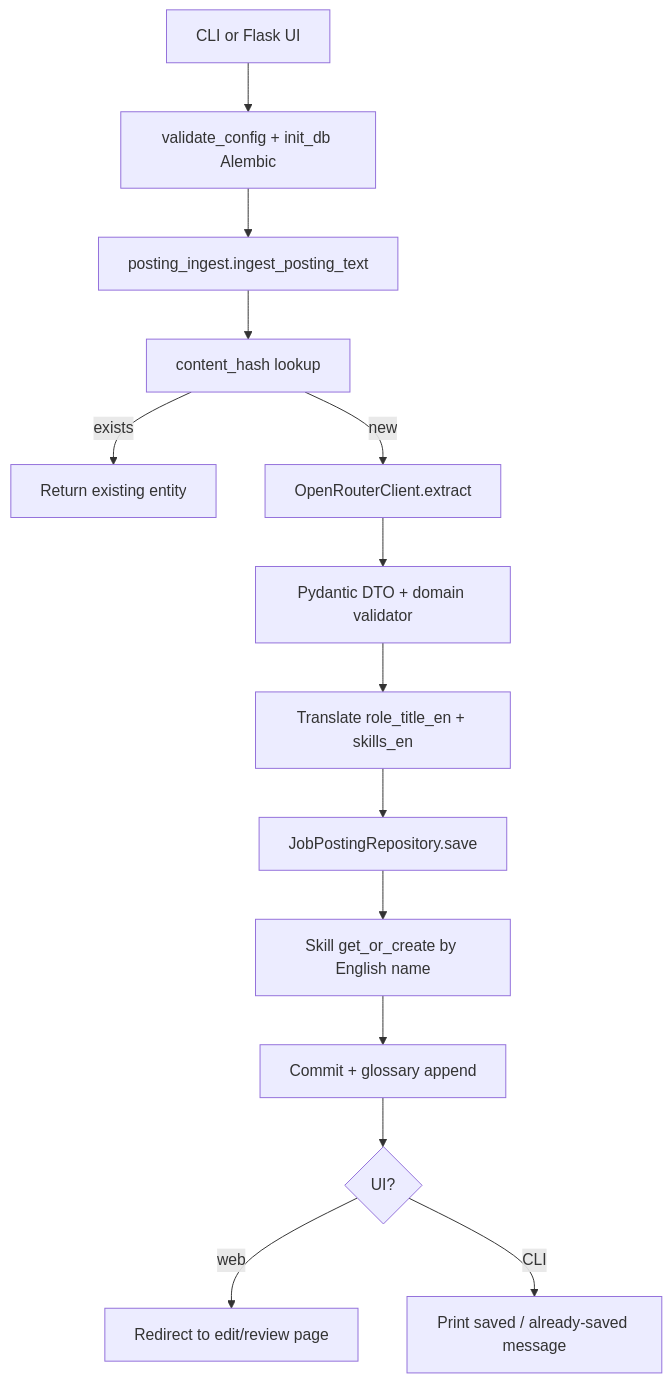
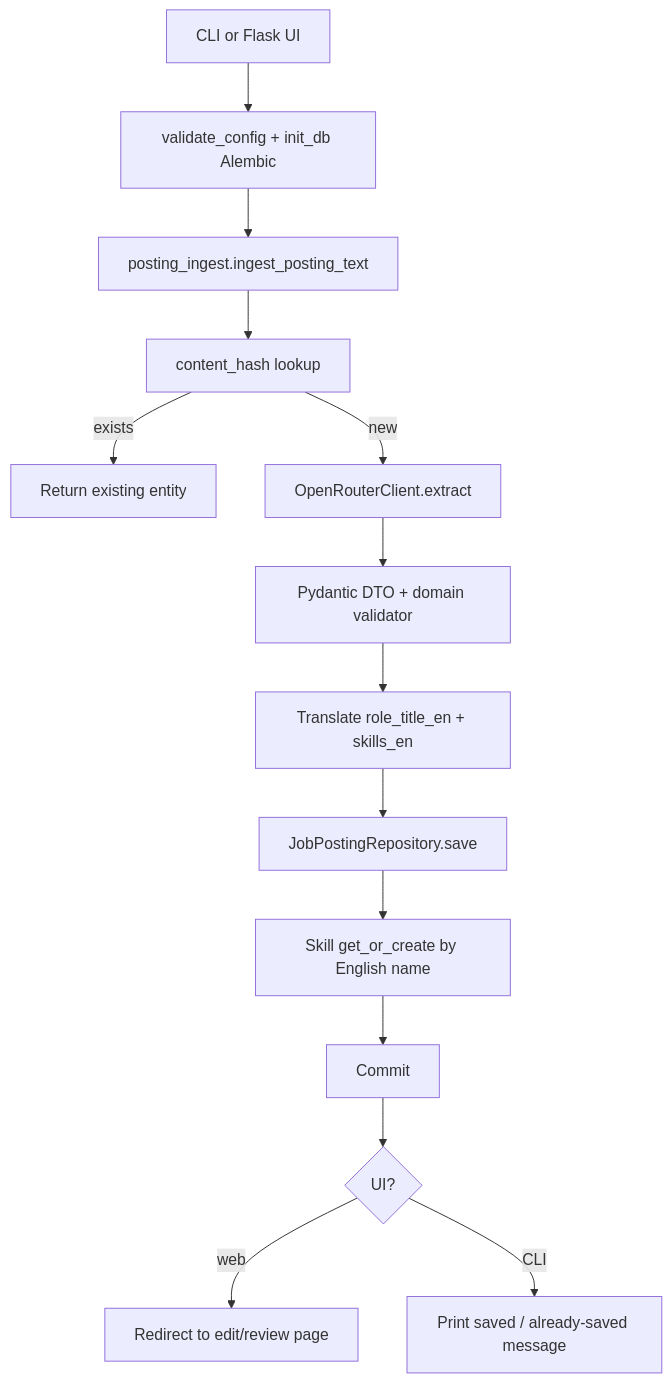
One commit to kvalge/data-jobs-forecasting-ai-app changed the diagram in PROJECT_SUMMARY.md. Above: the diagram before and after it, drawn with Mermaid. The commit also changed other lines of this file and 9 other files, not shown here.

````diff
--- a/PROJECT_SUMMARY.md
+++ b/PROJECT_SUMMARY.md
@@ -156,16 +156,16 @@
 ```mermaid
 flowchart TD
     A[CLI or Flask UI] --> B[validate_config + init_db Alembic]
     B --> C[posting_ingest.ingest_posting_text]
     C --> D[content_hash lookup]
     D -->|exists| E[Return existing entity]
     D -->|new| F[OpenRouterClient.extract]
     F --> G[Pydantic DTO + domain validator]
     G --> H[Translate role_title_en + skills_en]
     H --> I[JobPostingRepository.save]
     I --> J[Skill get_or_create by English name]
-    J --> K[Commit + glossary append]
+    J --> K[Commit]
     K --> L{UI?}
     L -->|web| M[Redirect to edit/review page]
     L -->|CLI| N[Print saved / already-saved message]
 ```
````
